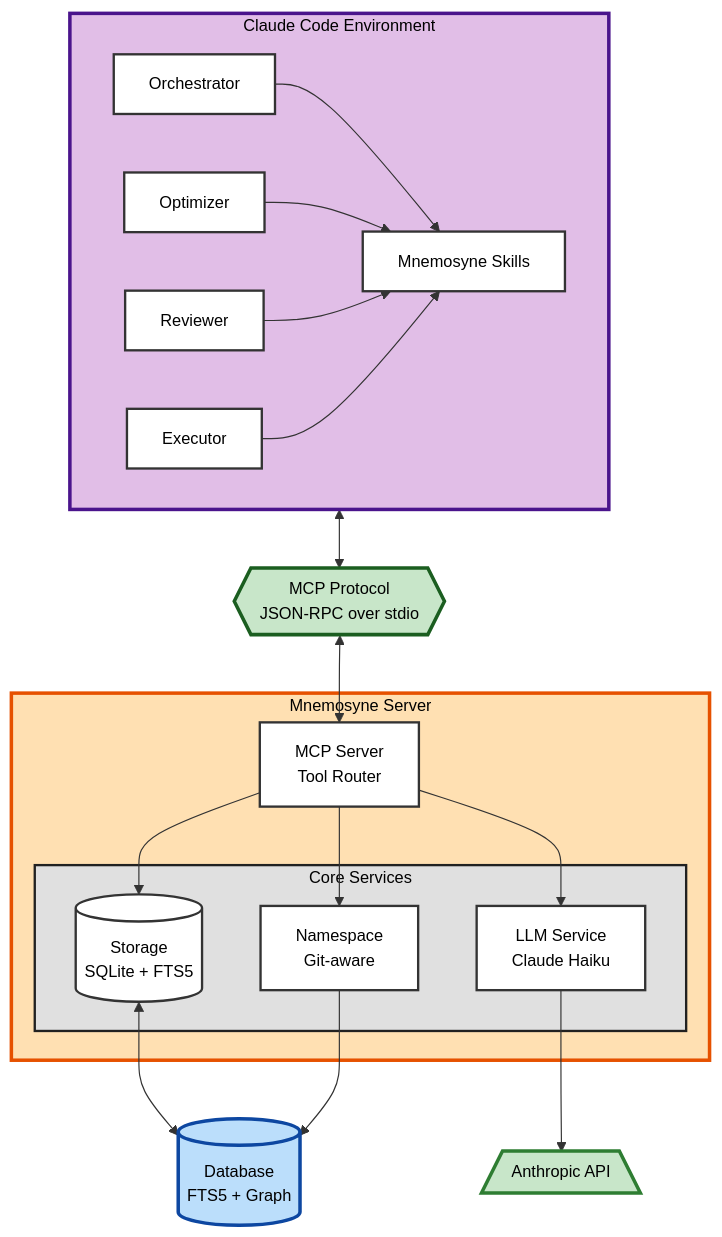
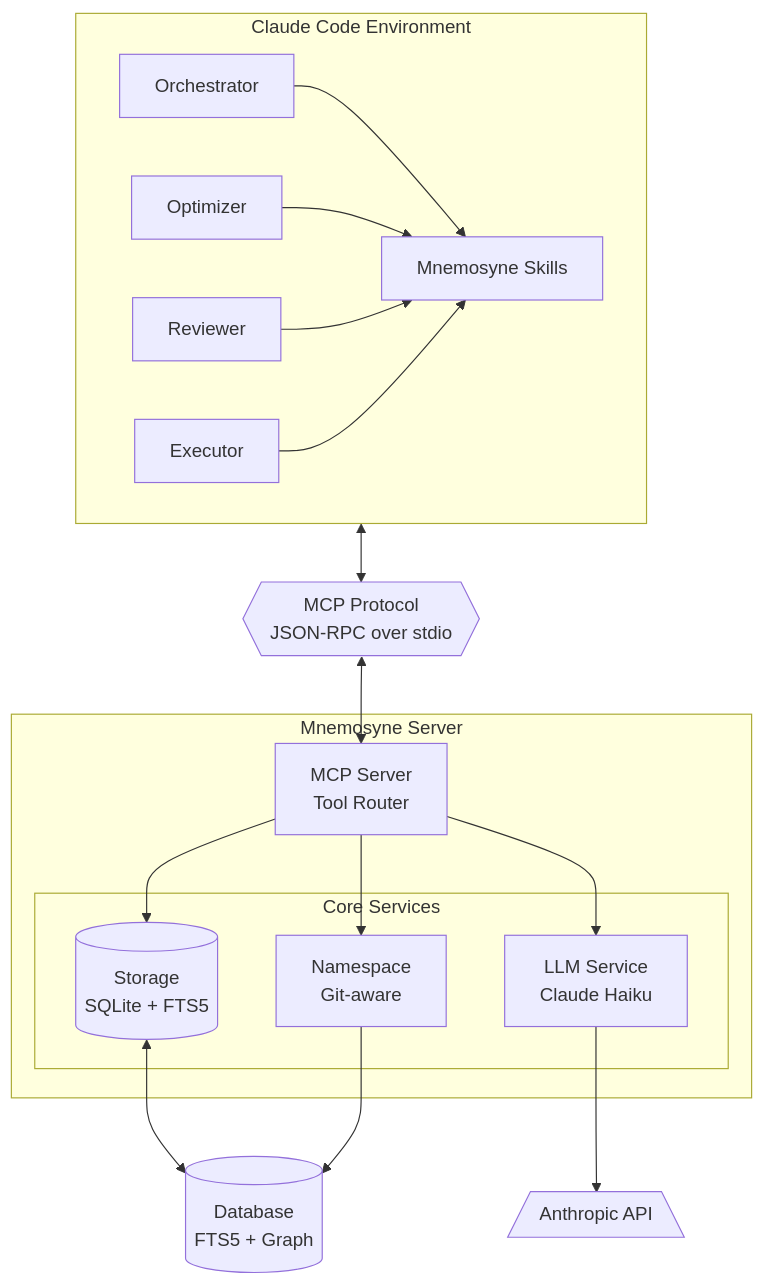
One commit to rand/mnemosyne changed the first of 4 diagrams in ARCHITECTURE.md. Above: the diagram before and after it, drawn with Mermaid. The commit also changed other lines of this file and 2 other files, not shown here.

First line of the commit message:
Fix Mermaid diagram rendering issues for GitHub

````diff
--- a/ARCHITECTURE.md
+++ b/ARCHITECTURE.md
@@ -38,56 +38,38 @@
 ```mermaid
-%%{init: {'theme':'base', 'themeVariables': {'primaryTextColor':'#000', 'primaryBorderColor':'#333', 'lineColor':'#333', 'fontSize':'14px'}}}%%
 flowchart TD
     subgraph Claude["Claude Code Environment"]
         direction LR
         Orch[Orchestrator]
         Opt[Optimizer]
         Rev[Reviewer]
         Exec[Executor]
         Skills[Mnemosyne Skills]
     end
 
     Protocol{{MCP Protocol<br/>JSON-RPC over stdio}}
 
     subgraph Mnemosyne["Mnemosyne Server"]
         MCP[MCP Server<br/>Tool Router]
 
         subgraph Core["Core Services"]
             Storage[(Storage<br/>SQLite + FTS5)]
             LLM[LLM Service<br/>Claude Haiku]
             NS[Namespace<br/>Git-aware]
         end
     end
 
     API[/Anthropic API\]
     DB[(Database<br/>FTS5 + Graph)]
 
     Orch & Opt & Rev & Exec --> Skills
     Skills <--> Protocol
     Protocol <--> MCP
 
     MCP --> Storage
     MCP --> LLM
     MCP --> NS
 
     Storage <--> DB
     LLM --> API
     NS --> DB
-
-    style Claude fill:#e1bee7,stroke:#4a148c,stroke-width:3px,color:#000
-    style Mnemosyne fill:#ffe0b2,stroke:#e65100,stroke-width:3px,color:#000
-    style Core fill:#e0e0e0,stroke:#212121,stroke-width:2px,color:#000
-    style Protocol fill:#c8e6c9,stroke:#1b5e20,stroke-width:3px,color:#000
-    style API fill:#c8e6c9,stroke:#2e7d32,stroke-width:3px,color:#000
-    style DB fill:#bbdefb,stroke:#0d47a1,stroke-width:3px,color:#000
-
-    style Orch fill:#fff,color:#000,stroke:#333,stroke-width:2px
-    style Opt fill:#fff,color:#000,stroke:#333,stroke-width:2px
-    style Rev fill:#fff,color:#000,stroke:#333,stroke-width:2px
-    style Exec fill:#fff,color:#000,stroke:#333,stroke-width:2px
-    style Skills fill:#fff,color:#000,stroke:#333,stroke-width:2px
-    style MCP fill:#fff,color:#000,stroke:#333,stroke-width:2px
-    style Storage fill:#fff,color:#000,stroke:#333,stroke-width:2px
-    style LLM fill:#fff,color:#000,stroke:#333,stroke-width:2px
-    style NS fill:#fff,color:#000,stroke:#333,stroke-width:2px
 ```
````
